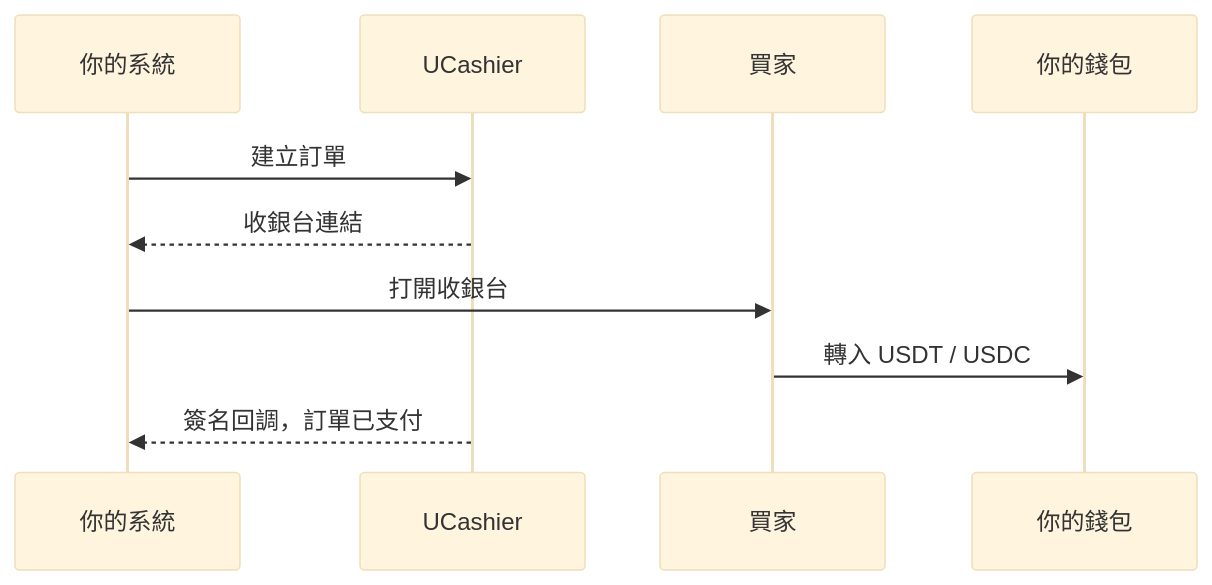
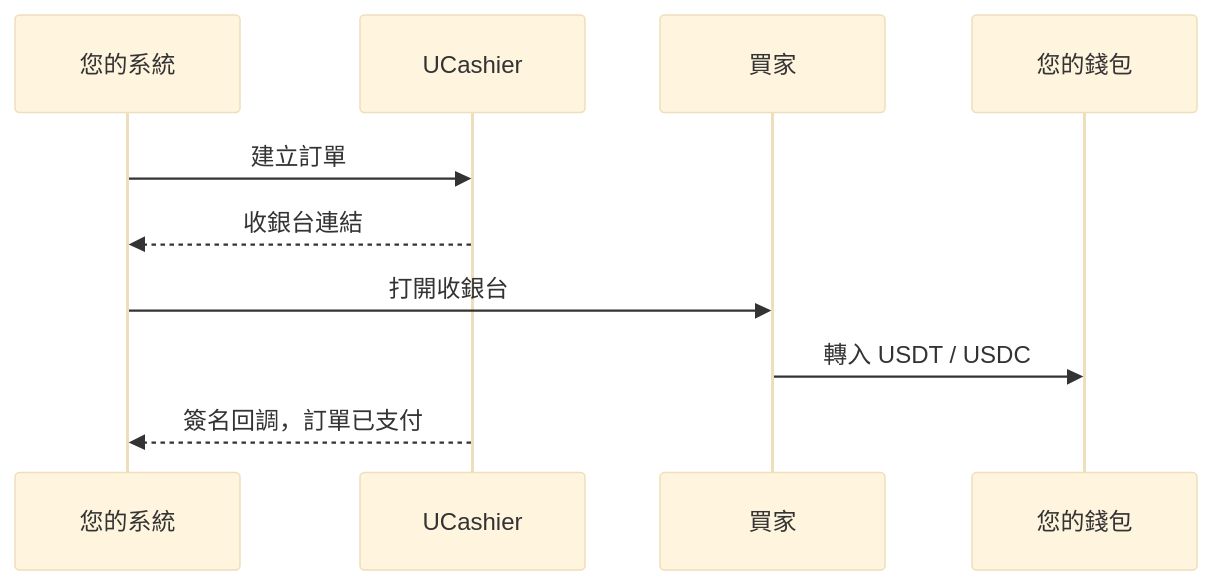
The first of 2 diagrams in README.zh-TW.md (ucashier/ucashier-usdt-pay), drawn with Mermaid (base theme) before and after one commit. The commit also changed other lines of this file and 2 other files, not shown here.

````diff
--- a/README.zh-TW.md
+++ b/README.zh-TW.md
@@ -40,12 +40,12 @@
 ```mermaid
 sequenceDiagram
-  participant Biz as 你的系統
+  participant Biz as 您的系統
   participant UC as UCashier
   participant User as 買家
-  participant Wallet as 你的錢包
+  participant Wallet as 您的錢包
   Biz->>UC: 建立訂單
   UC-->>Biz: 收銀台連結
   Biz->>User: 打開收銀台
   User->>Wallet: 轉入 USDT / USDC
   UC-->>Biz: 簽名回調，訂單已支付
 ```
````
